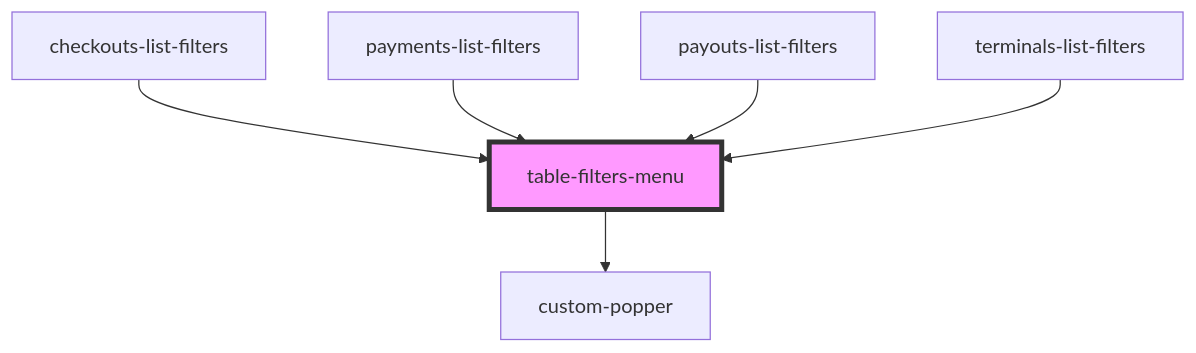
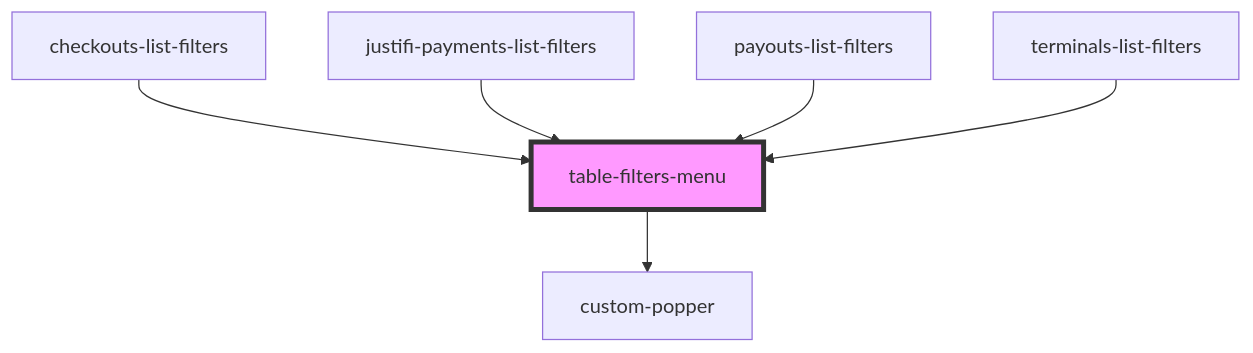
One commit to justifi-tech/web-component-library changed the diagram in packages/webcomponents/src/ui-components/filters/readme.md. Above: the diagram before and after it, drawn with Mermaid. The commit also changed other lines of this file and 8 other files, not shown here.

Commit message:
Abstract payments-list-filters to own component

````diff
--- a/packages/webcomponents/src/ui-components/filters/readme.md
+++ b/packages/webcomponents/src/ui-components/filters/readme.md
@@ -37,9 +37,9 @@
 ```mermaid
 graph TD;
   table-filters-menu --> custom-popper
   checkouts-list-filters --> table-filters-menu
-  payments-list-filters --> table-filters-menu
+  justifi-payments-list-filters --> table-filters-menu
   payouts-list-filters --> table-filters-menu
   terminals-list-filters --> table-filters-menu
   style table-filters-menu fill:#f9f,stroke:#333,stroke-width:4px
 ```
````
